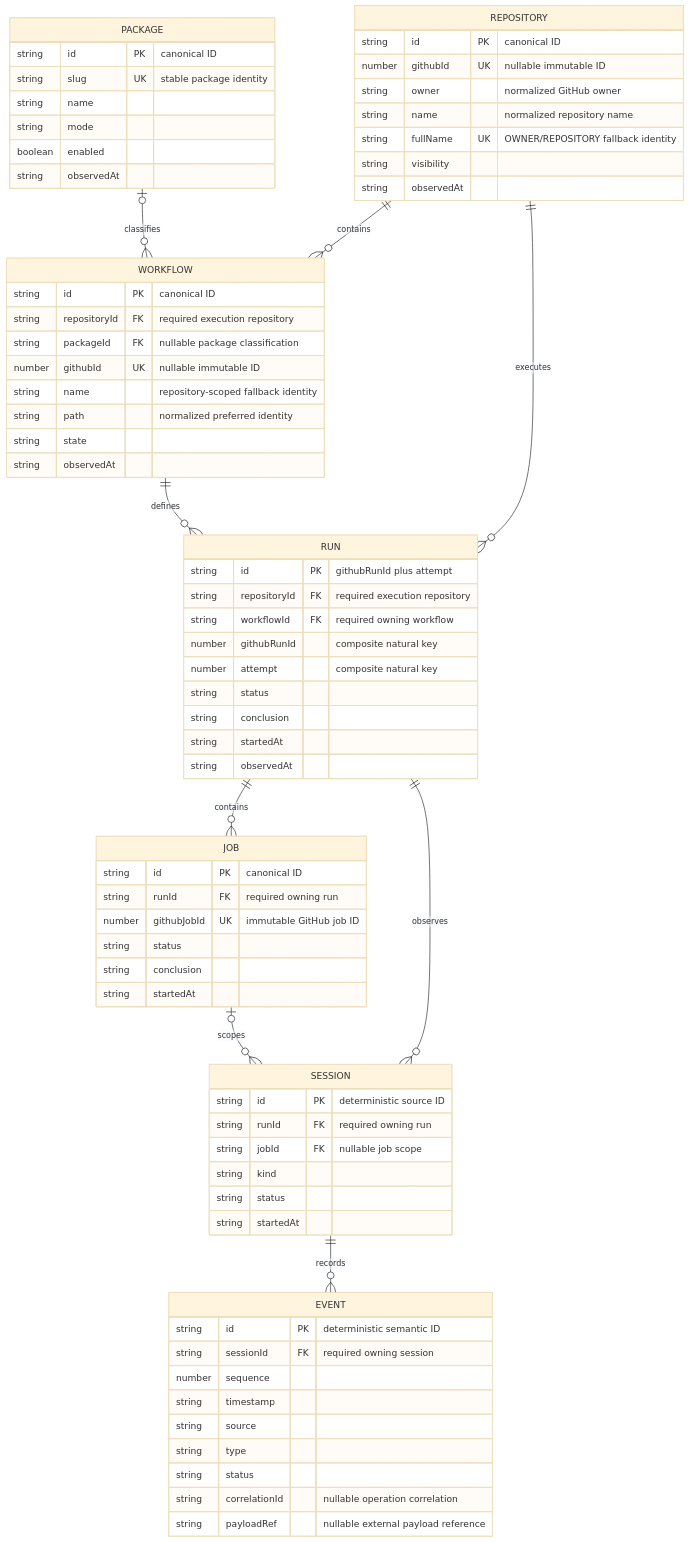
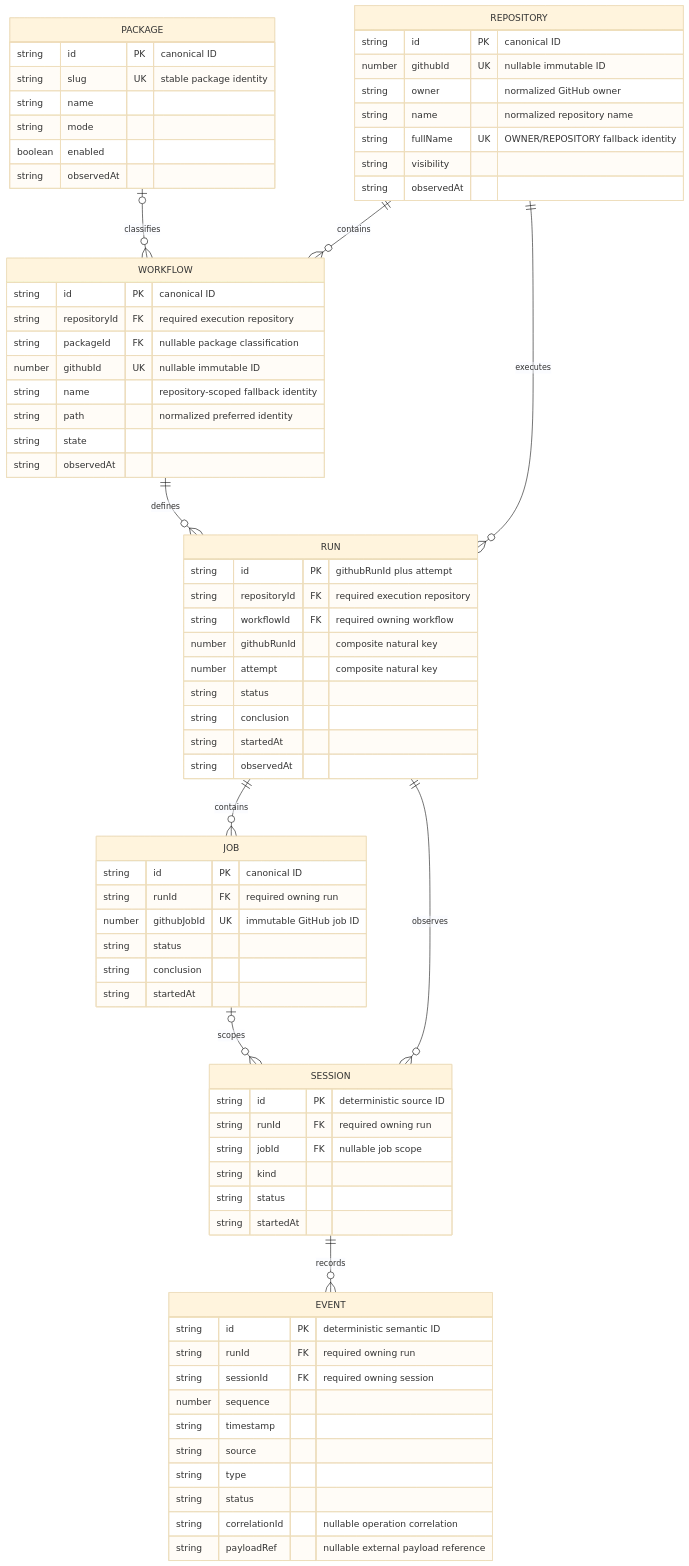
One commit to elefthei/gh-aw-cao changed the second of 2 diagrams in specs/dashboard-data.md. Above: the diagram before and after it, drawn with Mermaid (base theme). The commit also changed other lines of this file and 40 other files, not shown here.

````diff
--- a/specs/dashboard-data.md
+++ b/specs/dashboard-data.md
@@ -746,77 +747,78 @@
 ```mermaid
 erDiagram
   PACKAGE o|--o{ WORKFLOW : classifies
   REPOSITORY ||--o{ WORKFLOW : contains
   REPOSITORY ||--o{ RUN : executes
   WORKFLOW ||--o{ RUN : defines
   RUN ||--o{ JOB : contains
   RUN ||--o{ SESSION : observes
   JOB o|--o{ SESSION : scopes
   SESSION ||--o{ EVENT : records
 
   PACKAGE {
     string id PK "canonical ID"
     string slug UK "stable package identity"
     string name
     string mode
     boolean enabled
     string observedAt
   }
   REPOSITORY {
     string id PK "canonical ID"
     number githubId UK "nullable immutable ID"
     string owner "normalized GitHub owner"
     string name "normalized repository name"
     string fullName UK "OWNER/REPOSITORY fallback identity"
     string visibility
     string observedAt
   }
   WORKFLOW {
     string id PK "canonical ID"
     string repositoryId FK "required execution repository"
     string packageId FK "nullable package classification"
     number githubId UK "nullable immutable ID"
     string name "repository-scoped fallback identity"
     string path "normalized preferred identity"
     string state
     string observedAt
   }
   RUN {
     string id PK "githubRunId plus attempt"
     string repositoryId FK "required execution repository"
     string workflowId FK "required owning workflow"
     number githubRunId "composite natural key"
     number attempt "composite natural key"
     string status
     string conclusion
     string startedAt
     string observedAt
   }
   JOB {
     string id PK "canonical ID"
     string runId FK "required owning run"
     number githubJobId UK "immutable GitHub job ID"
     string status
     string conclusion
     string startedAt
   }
   SESSION {
     string id PK "deterministic source ID"
     string runId FK "required owning run"
     string jobId FK "nullable job scope"
     string kind
     string status
     string startedAt
   }
   EVENT {
     string id PK "deterministic semantic ID"
+    string runId FK "required owning run"
     string sessionId FK "required owning session"
     number sequence
     string timestamp
     string source
     string type
     string status
     string correlationId "nullable operation correlation"
     string payloadRef "nullable external payload reference"
   }
 ```
````
